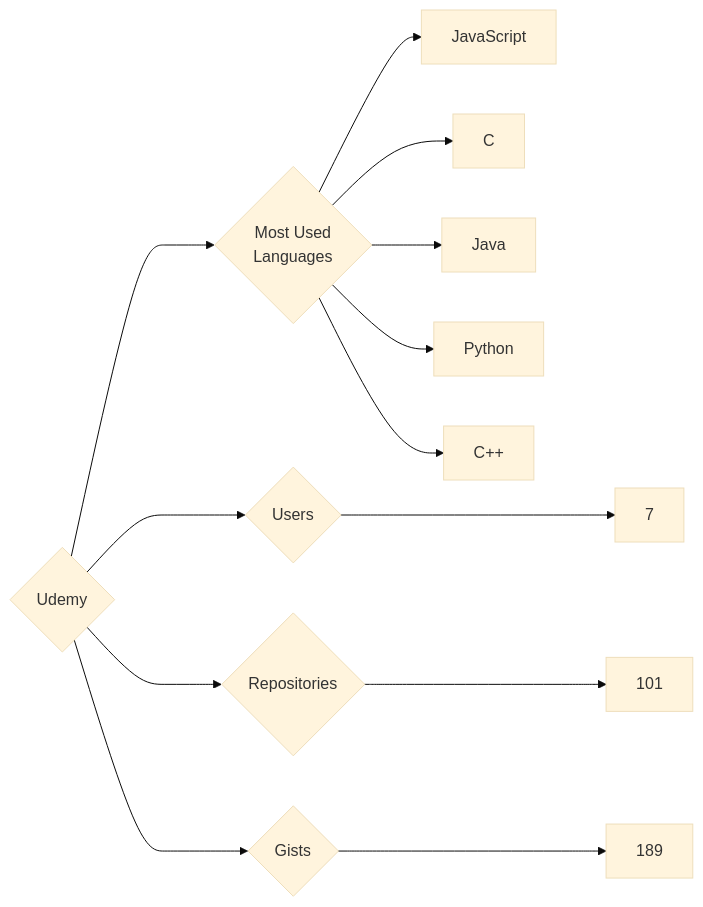
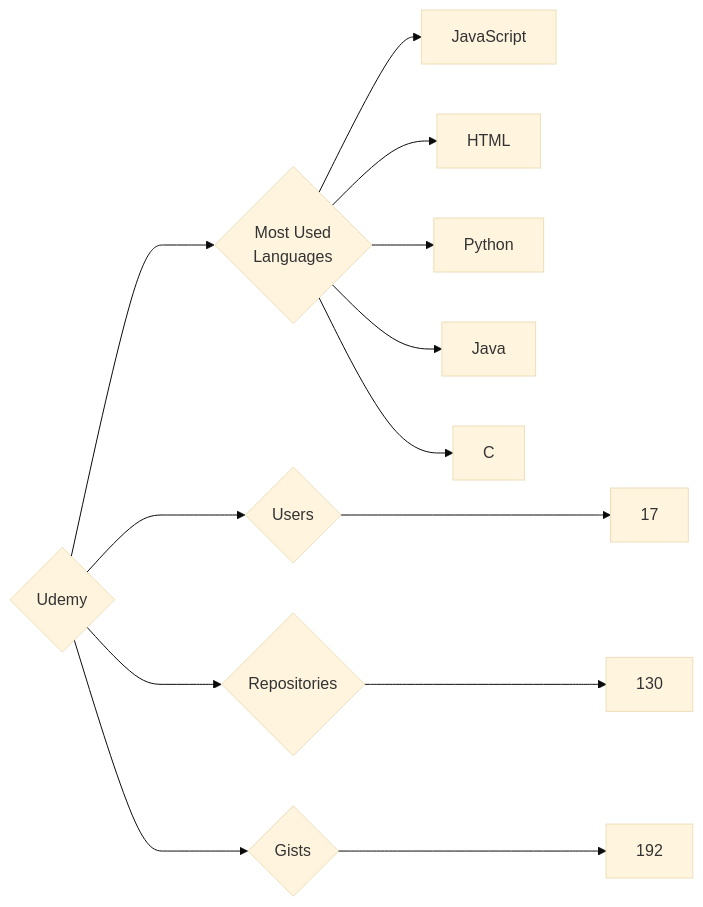
Before and after one commit to trickest/insiders: the diagram in targets/Udemy/README.md, drawn with Mermaid (base theme). The commit also changed 1696 other files, not shown here.

````diff
--- a/targets/Udemy/README.md
+++ b/targets/Udemy/README.md
@@ -3,13 +3,13 @@
 ```mermaid
 graph LR
 COMPANY_NAME{Udemy}
-COMPANY_NAME ---> U{Users} ---> UN[7]
-COMPANY_NAME ---> R{Repositories} ---> RN[101]
-COMPANY_NAME ---> G{Gists} ---> GN[189]
+COMPANY_NAME ---> U{Users} ---> UN[17]
+COMPANY_NAME ---> R{Repositories} ---> RN[130]
+COMPANY_NAME ---> G{Gists} ---> GN[192]
 COMPANY_NAME ---> ML{Most Used<br>Languages}
 ML --> JavaScript[JavaScript]
+ML --> HTML[HTML]
+ML --> Python[Python]
+ML --> Java[Java]
 ML --> C[C]
-ML --> Java[Java]
-ML --> Python[Python]
-ML --> C++[C++]
 ```
````
